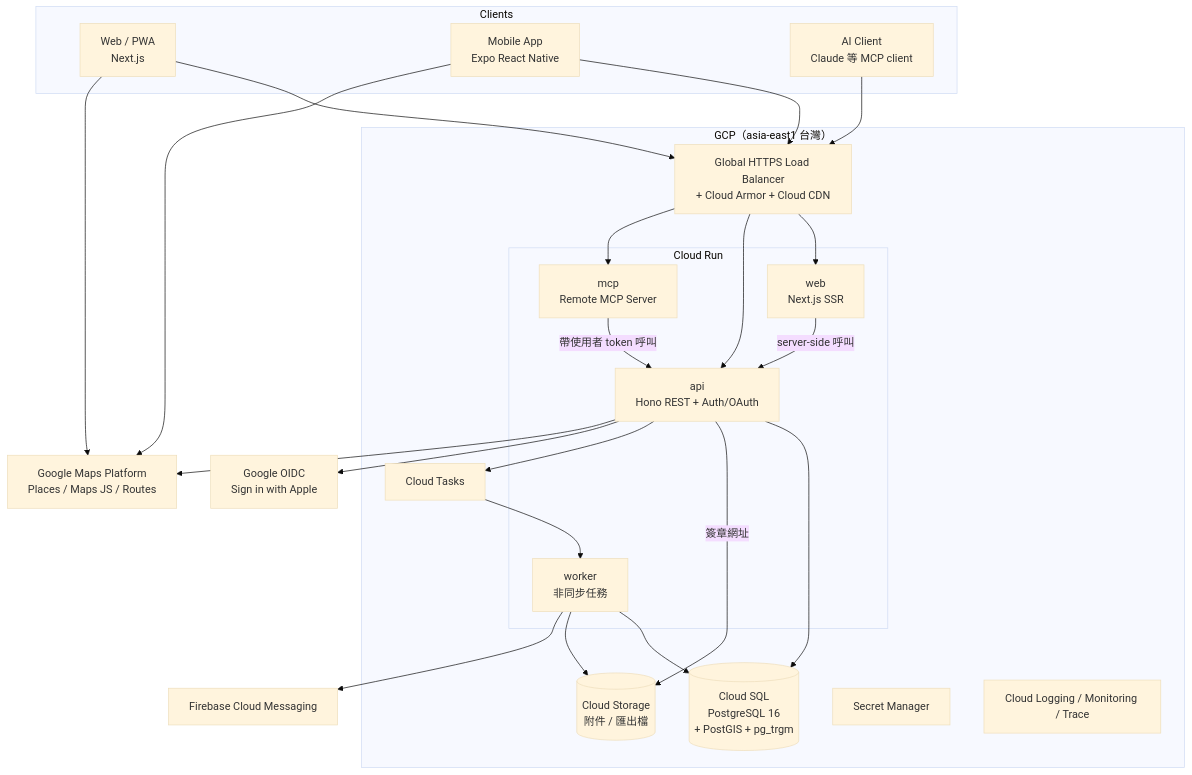
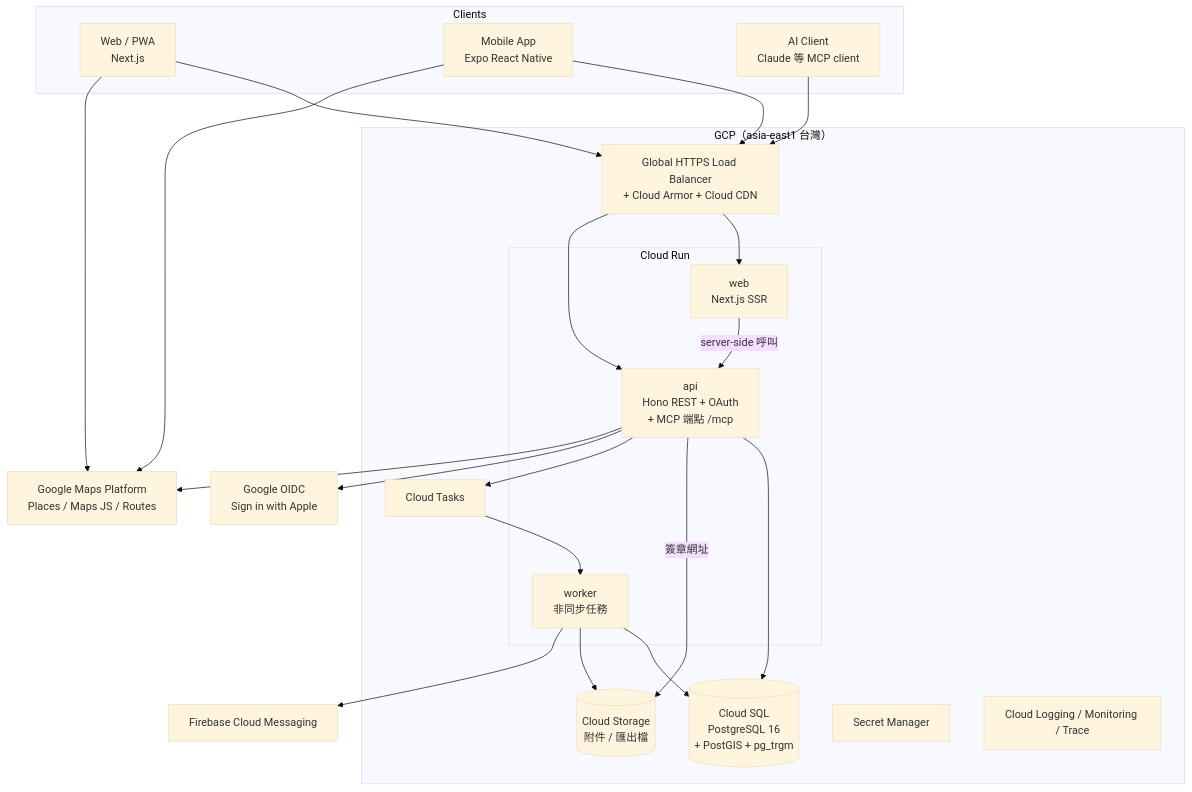
Before and after one commit to hcchien/travelog: the first of 4 diagrams in docs/ARCHITECTURE.md, drawn with Mermaid (base theme). The commit also changed other lines of this file and 152 other files, not shown here.

````diff
--- a/docs/ARCHITECTURE.md
+++ b/docs/ARCHITECTURE.md
@@ -25,46 +26,43 @@
 ```mermaid
 flowchart TB
   subgraph Clients
     W[Web / PWA<br/>Next.js]
     A[Mobile App<br/>Expo React Native]
     AI[AI Client<br/>Claude 等 MCP client]
   end
 
   subgraph GCP["GCP（asia-east1 台灣）"]
     LB[Global HTTPS Load Balancer<br/>+ Cloud Armor + Cloud CDN]
     subgraph CR[Cloud Run]
       WEB[web<br/>Next.js SSR]
-      API[api<br/>Hono REST + Auth/OAuth]
-      MCP[mcp<br/>Remote MCP Server]
+      API[api<br/>Hono REST + OAuth<br/>+ MCP 端點 /mcp]
       WK[worker<br/>非同步任務]
     end
     SQL[(Cloud SQL<br/>PostgreSQL 16<br/>+ PostGIS + pg_trgm)]
     GCS[(Cloud Storage<br/>附件 / 匯出檔)]
     TQ[Cloud Tasks]
     SM[Secret Manager]
     MON[Cloud Logging / Monitoring / Trace]
   end
 
   G[Google OIDC<br/>Sign in with Apple]
   GM[Google Maps Platform<br/>Places / Maps JS / Routes]
   FCM[Firebase Cloud Messaging]
 
   W --> LB
   A --> LB
   AI --> LB
   LB --> WEB
   LB --> API
-  LB --> MCP
   WEB -->|server-side 呼叫| API
-  MCP -->|帶使用者 token 呼叫| API
   API --> SQL
   API -->|簽章網址| GCS
   API --> TQ --> WK
   WK --> SQL
   WK --> GCS
   WK --> FCM
   API --> G
   API --> GM
   W --> GM
   A --> GM
 ```
````
